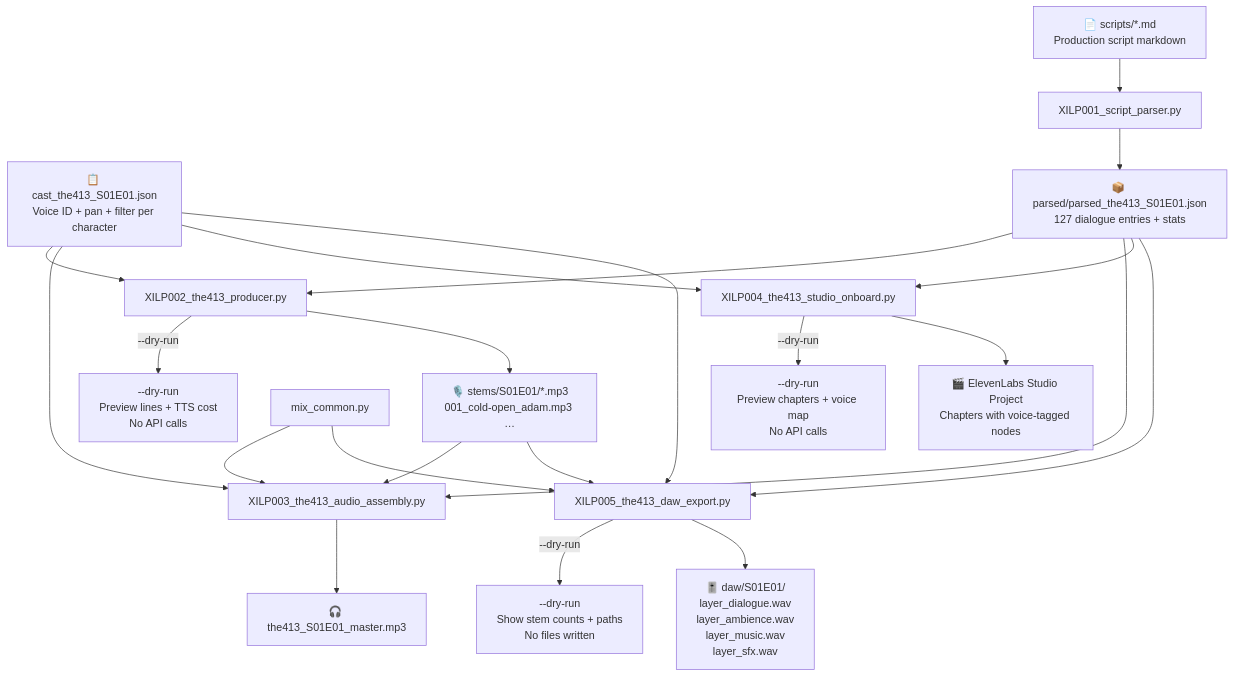
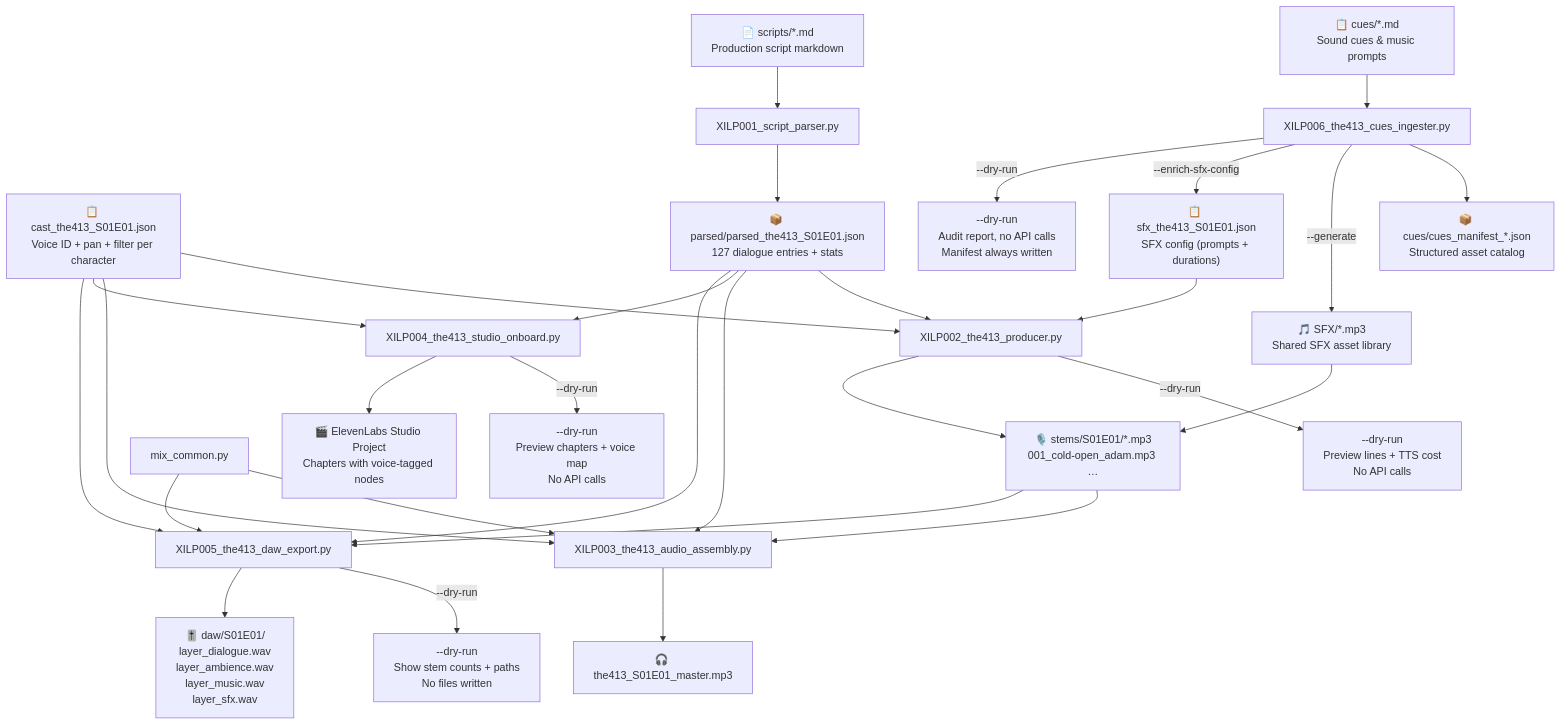
The first of 12 diagrams in docs/pipeline.md (tazlin/xil-pipeline), drawn with Mermaid before and after one commit. The commit also changed other lines of this file and 20 other files, not shown here.

````diff
--- a/docs/pipeline.md
+++ b/docs/pipeline.md
@@ -9,59 +9,81 @@
 ```mermaid
 flowchart TD
     S["`📄 scripts/*.md
     Production script markdown`"]
     C["`📋 cast_the413_S01E01.json
     Voice ID + pan + filter per character`"]
     P1["XILP001_script_parser.py"]
     J["`📦 parsed/parsed_the413_S01E01.json
     127 dialogue entries + stats`"]
+
+    CQ["`📋 cues/*.md
+    Sound cues & music prompts`"]
+    P6["XILP006_the413_cues_ingester.py"]
+    SFXCFG["`📋 sfx_the413_S01E01.json
+    SFX config (prompts + durations)`"]
+    SFXLIB["`🎵 SFX/*.mp3
+    Shared SFX asset library`"]
+    MNFST6["`📦 cues/cues_manifest_*.json
+    Structured asset catalog`"]
+    DRY6["`--dry-run
+    Audit report, no API calls
+    Manifest always written`"]
+
     P2["XILP002_the413_producer.py"]
     P3["XILP003_the413_audio_assembly.py"]
     DRY["`--dry-run
     Preview lines + TTS cost
     No API calls`"]
     ST["`🎙️ stems/S01E01/*.mp3
     001_cold-open_adam.mp3 …`"]
     OUT["🎧 the413_S01E01_master.mp3"]
     MIX["mix_common.py"]
 
     S --> P1 --> J
+    CQ --> P6
+    P6 --> MNFST6
+    P6 -->|"--generate"| SFXLIB
+    P6 -->|"--enrich-sfx-config"| SFXCFG
+    P6 -->|"--dry-run"| DRY6
+    SFXCFG --> P2
+    SFXLIB --> ST
+
     C --> P2
     J --> P2
     P2 -->|"--dry-run"| DRY
     P2 --> ST
     C --> P3
     ST --> P3
     J --> P3
     MIX --> P3
     P3 --> OUT
 
     P4["XILP004_the413_studio_onboard.py"]
     STUDIO["`🎬 ElevenLabs Studio Project
     Chapters with voice-tagged nodes`"]
     DRY4["`--dry-run
     Preview chapters + voice map
     No API calls`"]
 
     J --> P4
     C --> P4
     P4 -->|"--dry-run"| DRY4
     P4 --> STUDIO
 
     P5["XILP005_the413_daw_export.py"]
     DAW["`🎚️ daw/S01E01/
     layer_dialogue.wav
     layer_ambience.wav
     layer_music.wav
     layer_sfx.wav`"]
     DRY5["`--dry-run
     Show stem counts + paths
     No files written`"]
 
     ST --> P5
     J --> P5
     C --> P5
     MIX --> P5
     P5 -->|"--dry-run"| DRY5
     P5 --> DAW
 ```
````
